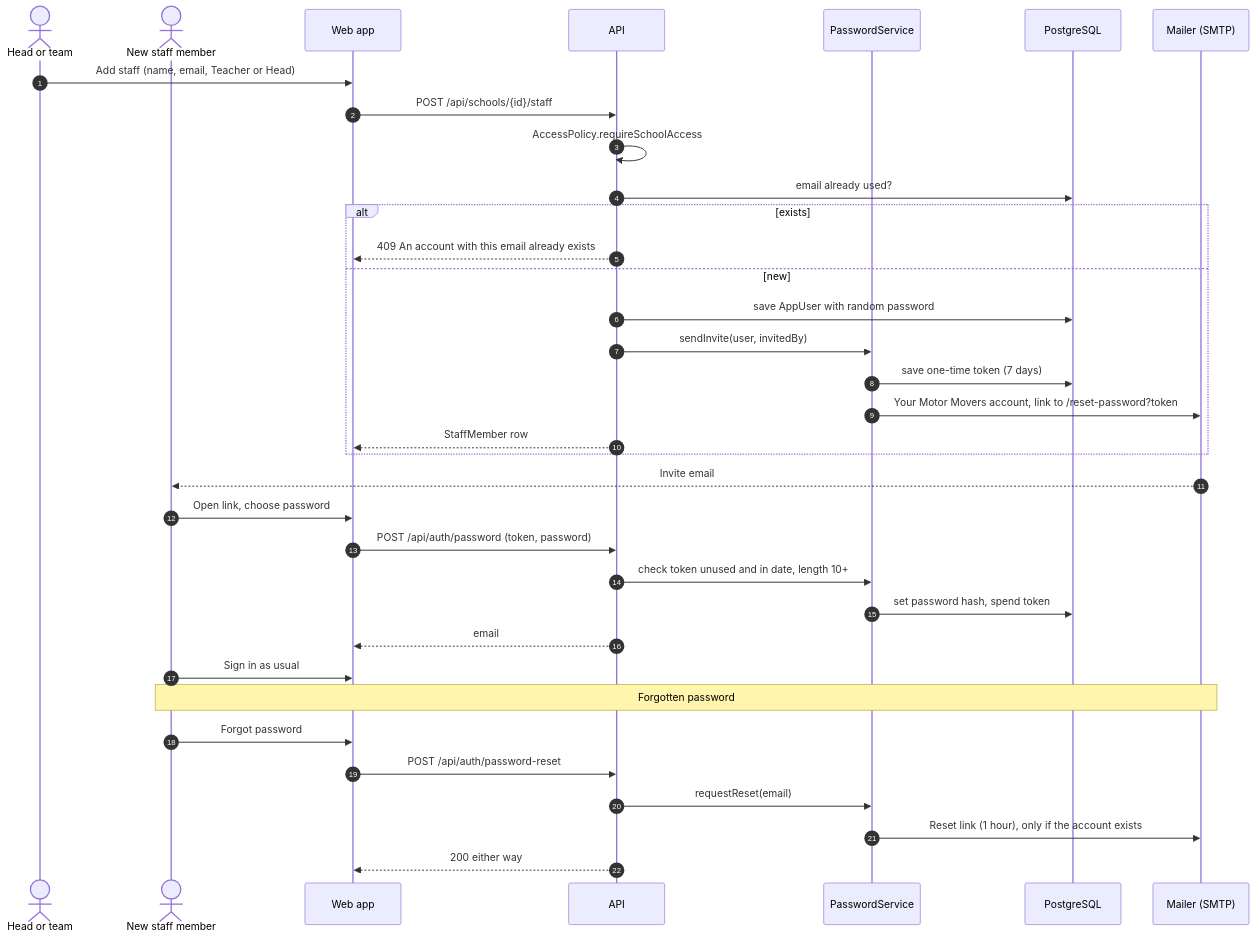
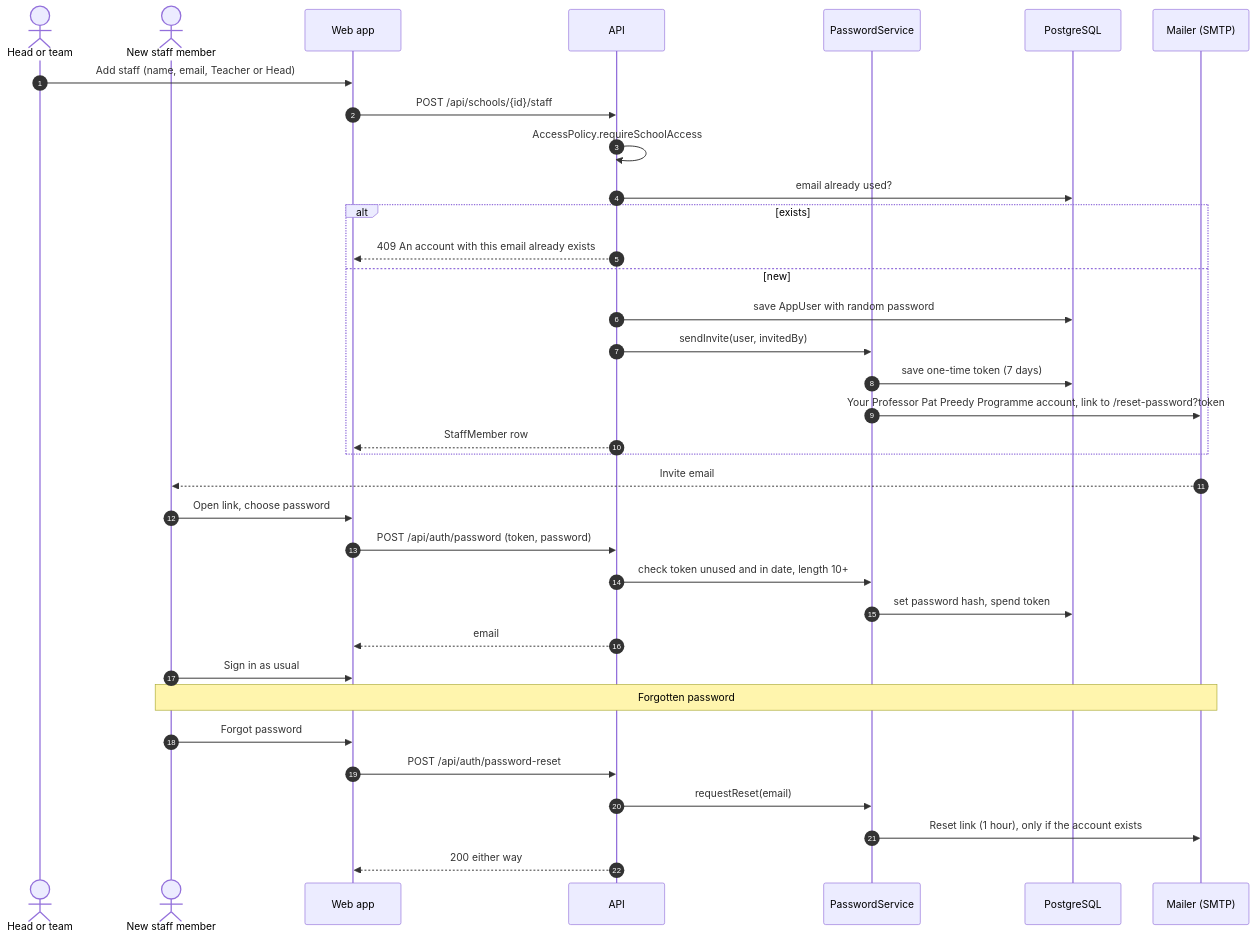
One commit to ersagarnikam/MoterMoversPlatform changed the second of 4 diagrams in docs/flows/0-everyone.md. Above: the diagram before and after it, drawn with Mermaid. The commit also changed 149 other files, not shown here.

````diff
--- a/docs/flows/0-everyone.md
+++ b/docs/flows/0-everyone.md
@@ -71,37 +71,37 @@
 ```mermaid
 sequenceDiagram
   autonumber
   actor H as Head or team
   actor N as New staff member
   participant W as Web app
   participant API as API
   participant PS as PasswordService
   participant DB as PostgreSQL
   participant M as Mailer (SMTP)
   H->>W: Add staff (name, email, Teacher or Head)
   W->>API: POST /api/schools/{id}/staff
   API->>API: AccessPolicy.requireSchoolAccess
   API->>DB: email already used?
   alt exists
     API-->>W: 409 An account with this email already exists
   else new
     API->>DB: save AppUser with random password
     API->>PS: sendInvite(user, invitedBy)
     PS->>DB: save one-time token (7 days)
-    PS->>M: Your Motor Movers account, link to /reset-password?token
+    PS->>M: Your Professor Pat Preedy Programme account, link to /reset-password?token
     API-->>W: StaffMember row
   end
   M-->>N: Invite email
   N->>W: Open link, choose password
   W->>API: POST /api/auth/password (token, password)
   API->>PS: check token unused and in date, length 10+
   PS->>DB: set password hash, spend token
   API-->>W: email
   N->>W: Sign in as usual
   Note over N,M: Forgotten password
   N->>W: Forgot password
   W->>API: POST /api/auth/password-reset
   API->>PS: requestReset(email)
   PS->>M: Reset link (1 hour), only if the account exists
   API-->>W: 200 either way
 ```
````
